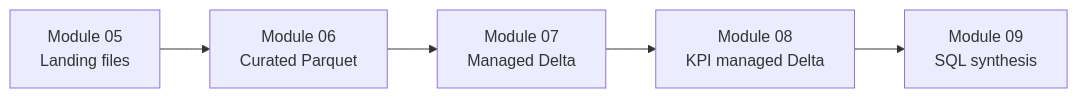
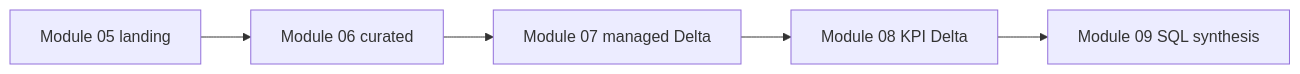
Before and after one commit to rajdump/pyspark-on-azure-databricks-academy: the diagram in vault/decisions.md, drawn with Mermaid. The commit also changed other lines of this file and 25 other files, not shown here.

````diff
--- a/vault/decisions.md
+++ b/vault/decisions.md
@@ -119,7 +84,7 @@
 ```mermaid
 flowchart LR
-    M5[Module 05<br/>Landing files] --> M6[Module 06<br/>Curated Parquet]
-    M6 --> M7[Module 07<br/>Managed Delta]
-    M7 --> M8[Module 08<br/>KPI managed Delta]
-    M8 --> M9[Module 09<br/>SQL synthesis]
+    M5[Module 05 landing] --> M6[Module 06 curated]
+    M6 --> M7[Module 07 managed Delta]
+    M7 --> M8[Module 08 KPI Delta]
+    M8 --> M9[Module 09 SQL synthesis]
 ```
````
